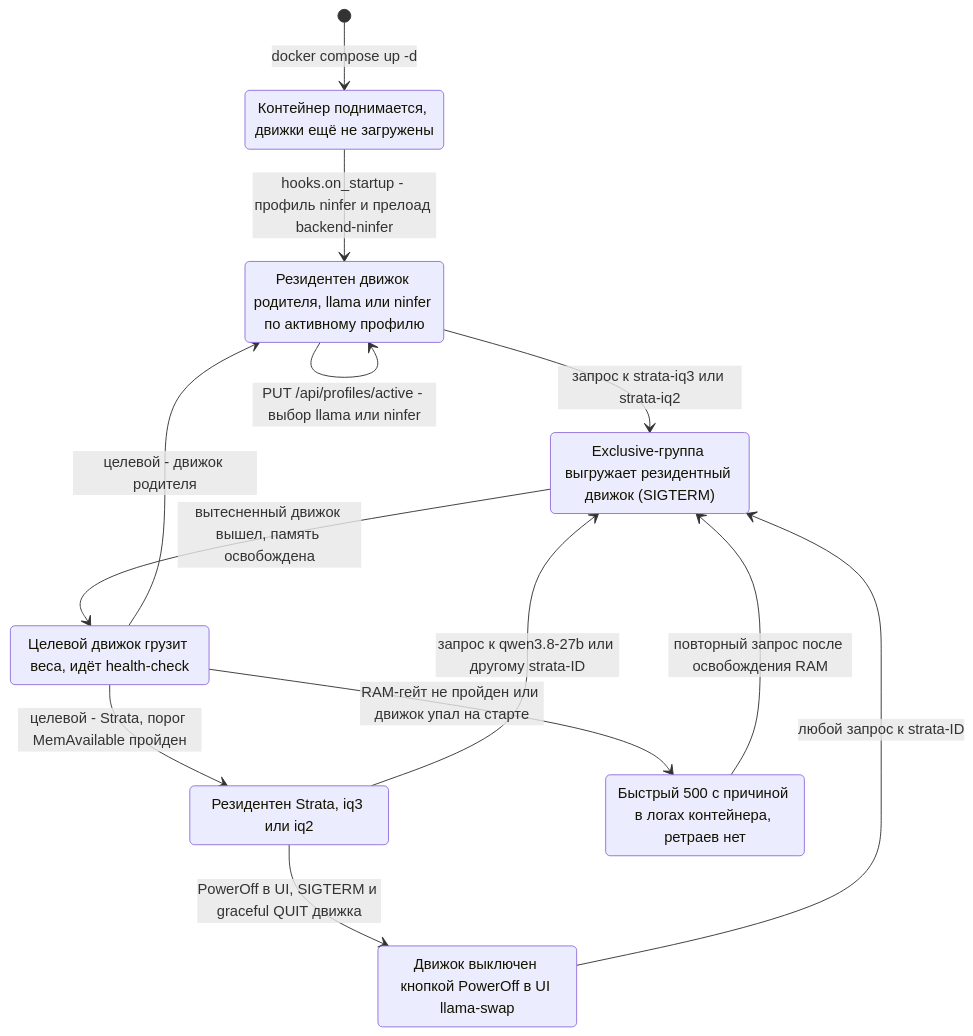
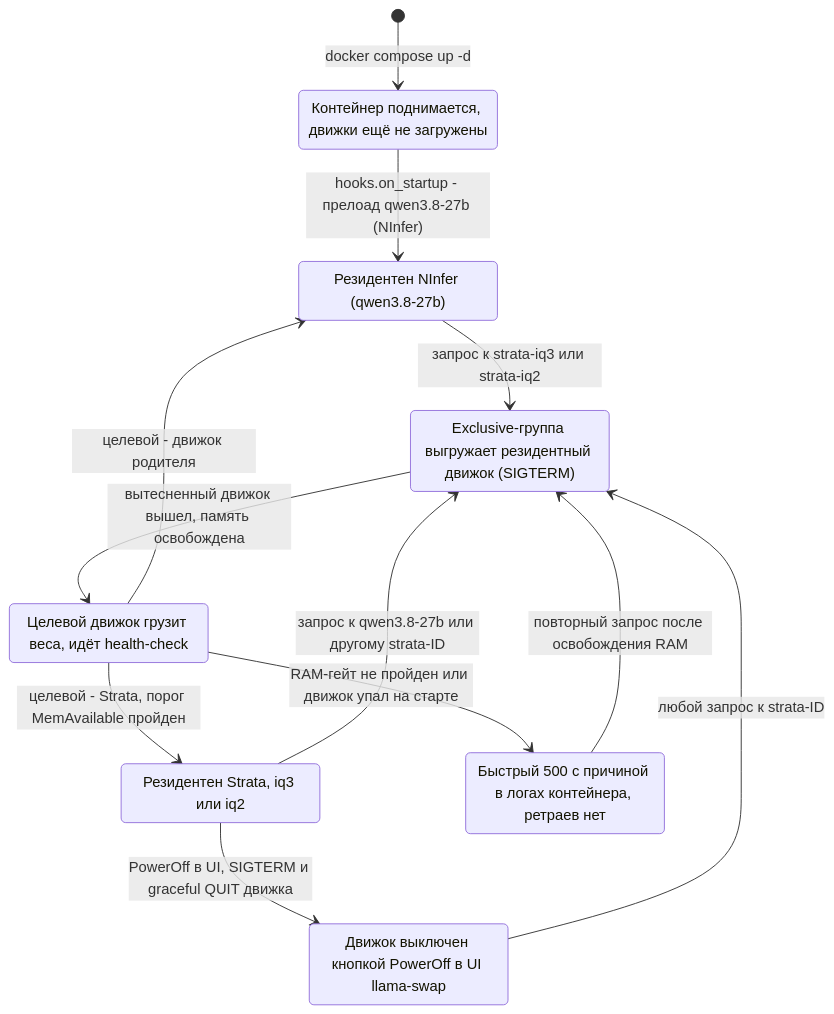
One commit to dimmy2000/llm-server changed the diagram in docs/states.md. Above: the diagram before and after it, drawn with Mermaid. The commit also changed other lines of this file and 6 other files, not shown here.

First line of the commit message:
docs: refresh README, CONTEXT and diagrams for ADR-0009 topology

````diff
--- a/docs/states.md
+++ b/docs/states.md
@@ -8,24 +8,23 @@
 ```mermaid
 stateDiagram-v2
     [*] --> Cold: docker compose up -d
     Cold: Контейнер поднимается, движки ещё не загружены
-    Cold --> ParentReady: hooks.on_startup - профиль ninfer и прелоад backend-ninfer
+    Cold --> ParentReady: hooks.on_startup - прелоад qwen3.8-27b (NInfer)
 
-    ParentReady: Резидентен движок родителя, llama или ninfer по активному профилю
+    ParentReady: Резидентен NInfer (qwen3.8-27b)
     StrataReady: Резидентен Strata, iq3 или iq2
     Swapping: Exclusive-группа выгружает резидентный движок (SIGTERM)
     Starting: Целевой движок грузит веса, идёт health-check
     Refused: Быстрый 500 с причиной в логах контейнера, ретраев нет
     Stopped: Движок выключен кнопкой PowerOff в UI llama-swap
 
     ParentReady --> Swapping: запрос к strata-iq3 или strata-iq2
     StrataReady --> Swapping: запрос к qwen3.8-27b или другому strata-ID
     Stopped --> Swapping: любой запрос к strata-ID
     Swapping --> Starting: вытесненный движок вышел, память освобождена
     Starting --> ParentReady: целевой - движок родителя
     Starting --> StrataReady: целевой - Strata, порог MemAvailable пройден
     Starting --> Refused: RAM-гейт не пройден или движок упал на старте
     Refused --> Swapping: повторный запрос после освобождения RAM
     StrataReady --> Stopped: PowerOff в UI, SIGTERM и graceful QUIT движка
-    ParentReady --> ParentReady: PUT /api/profiles/active - выбор llama или ninfer
 ```
````
